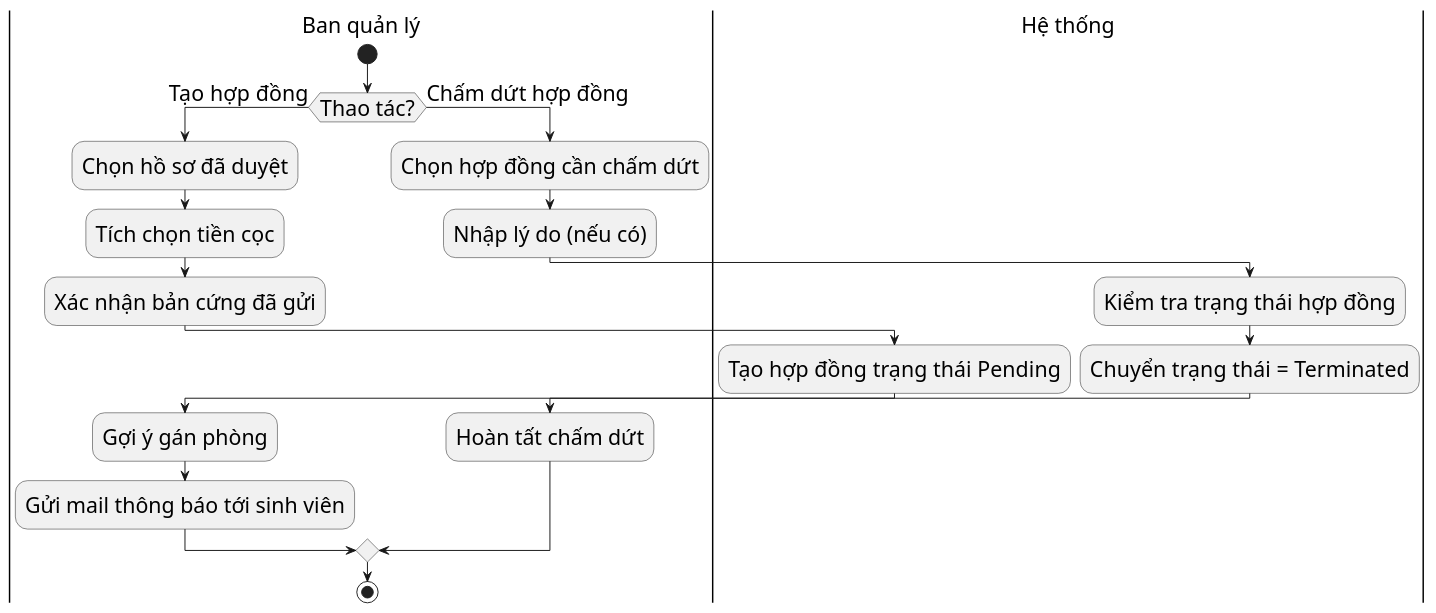
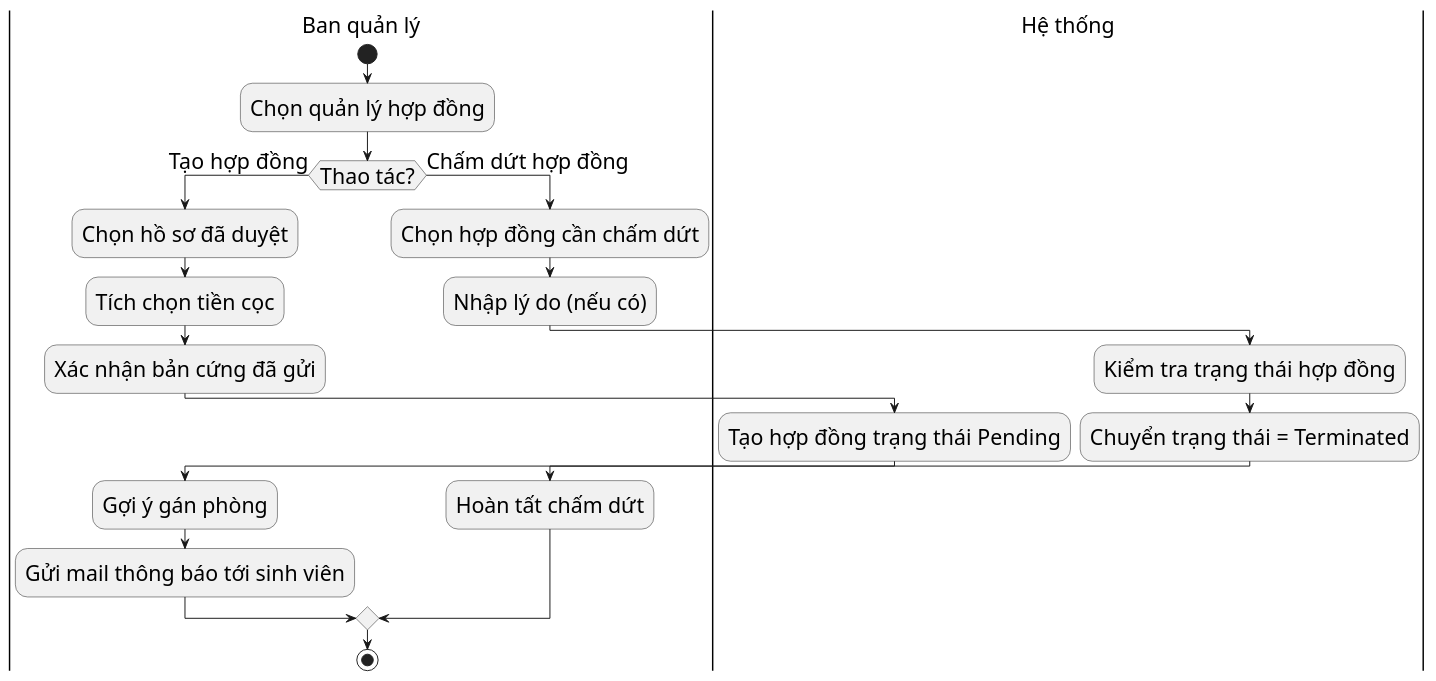
The diagram in diagrams/nhomphonghopdong/contract_management_activity.puml (s0nbuildtech287/dormitory-frontend), drawn with PlantUML before and after one commit. The commit also changed 8 other files, not shown here.

```diff
--- a/diagrams/nhomphonghopdong/contract_management_activity.puml
+++ b/diagrams/nhomphonghopdong/contract_management_activity.puml
@@ -1,25 +1,26 @@
 @startuml "Contract Management Activity"
 skinparam defaultFontSize 22
 skinparam defaultFontName "Times New Roman"
 |Ban quản lý|
 start
+:Chọn quản lý hợp đồng;
 if (Thao tác?) then (Tạo hợp đồng)
   :Chọn hồ sơ đã duyệt;
   :Tích chọn tiền cọc;
   :Xác nhận bản cứng đã gửi;
   |Hệ thống|
   :Tạo hợp đồng trạng thái Pending;
   |Ban quản lý|
   :Gợi ý gán phòng;
   :Gửi mail thông báo tới sinh viên;
 else (Chấm dứt hợp đồng)
   :Chọn hợp đồng cần chấm dứt;
   :Nhập lý do (nếu có);
   |Hệ thống|
   :Kiểm tra trạng thái hợp đồng;
   :Chuyển trạng thái = Terminated;
   |Ban quản lý|
   :Hoàn tất chấm dứt;
 endif
 stop
 @enduml
```
